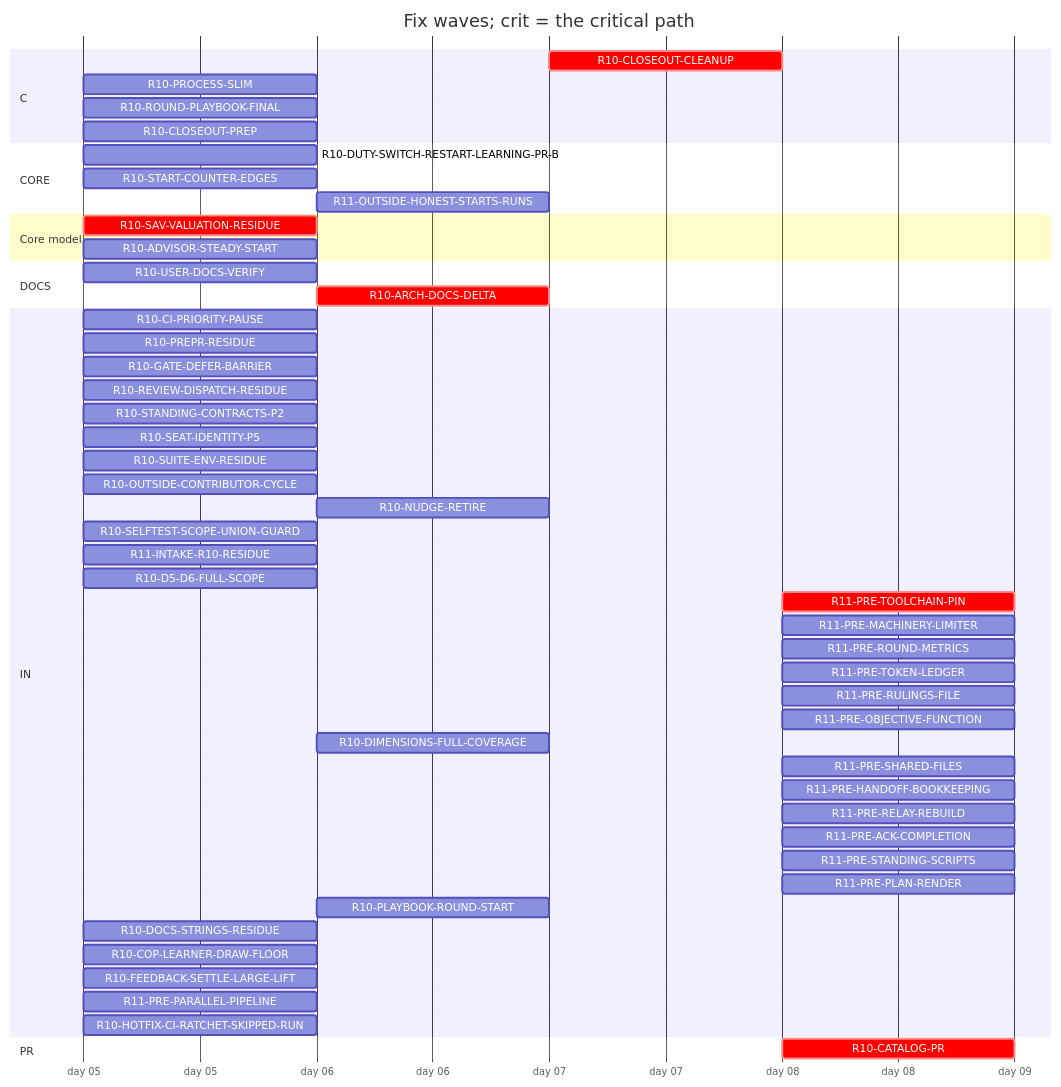
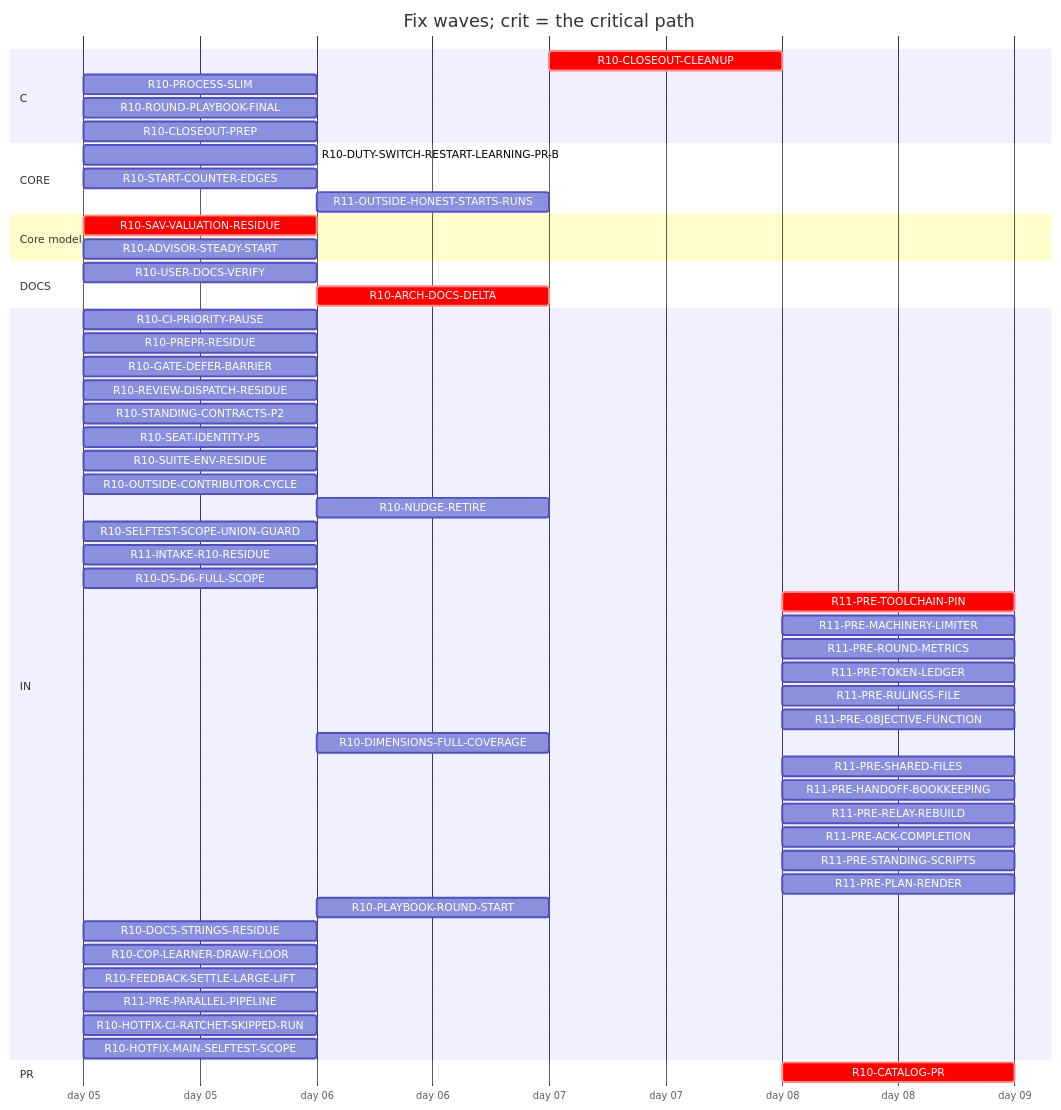
Before and after one commit to tvofi/heatpump_optimizer: the diagram in handoff/round10/state/PLAN-TABLE.md, drawn with Mermaid. The commit also changed other lines of this file and 4 other files, not shown here.

Commit message:
state: FLOW-BOARD.md, NEXT-SESSION-PROMPT.md, PLAN-TABLE.md, PLAN.html, RESUME-CURRENT.md regenerated (state_docs.py)

````diff
--- a/handoff/round10/state/PLAN-TABLE.md
+++ b/handoff/round10/state/PLAN-TABLE.md
@@ -19,55 +19,56 @@
 ```mermaid
 gantt
   title Fix waves; crit = the critical path
   dateFormat YYYY-MM-DD
   axisFormat day %d
   section C
     R10-CLOSEOUT-CLEANUP :crit, r10CLOSEOUTCLEANUP, after r10USERDOCSVERIFY r10CLOSEOUTPREP r10ARCHDOCSDELTA, 1d
     R10-PROCESS-SLIM :r10PROCESSSLIM, 2026-01-05, 1d
     R10-ROUND-PLAYBOOK-FINAL :r10ROUNDPLAYBOOKFINAL, 2026-01-05, 1d
     R10-CLOSEOUT-PREP :r10CLOSEOUTPREP, 2026-01-05, 1d
   section CORE
     R10-DUTY-SWITCH-RESTART-LEARNING-PR-B :r10DUTYSWITCHRESTARTLEARNINGPRB, 2026-01-05, 1d
     R10-START-COUNTER-EDGES :r10STARTCOUNTEREDGES, 2026-01-05, 1d
     R11-OUTSIDE-HONEST-STARTS-RUNS :r11OUTSIDEHONESTSTARTSRUNS, after r10ADVISORSTEADYSTART, 1d
   section Core model
     R10-SAV-VALUATION-RESIDUE :crit, r10SAVVALUATIONRESIDUE, 2026-01-05, 1d
     R10-ADVISOR-STEADY-START :r10ADVISORSTEADYSTART, 2026-01-05, 1d
   section DOCS
     R10-USER-DOCS-VERIFY :r10USERDOCSVERIFY, 2026-01-05, 1d
     R10-ARCH-DOCS-DELTA :crit, r10ARCHDOCSDELTA, after r10SAVVALUATIONRESIDUE r10ADVISORSTEADYSTART, 1d
   section IN
     R10-CI-PRIORITY-PAUSE :r10CIPRIORITYPAUSE, 2026-01-05, 1d
     R10-PREPR-RESIDUE :r10PREPRRESIDUE, 2026-01-05, 1d
     R10-GATE-DEFER-BARRIER :r10GATEDEFERBARRIER, 2026-01-05, 1d
     R10-REVIEW-DISPATCH-RESIDUE :r10REVIEWDISPATCHRESIDUE, 2026-01-05, 1d
     R10-STANDING-CONTRACTS-P2 :r10STANDINGCONTRACTSP2, 2026-01-05, 1d
     R10-SEAT-IDENTITY-P5 :r10SEATIDENTITYP5, 2026-01-05, 1d
     R10-SUITE-ENV-RESIDUE :r10SUITEENVRESIDUE, 2026-01-05, 1d
     R10-OUTSIDE-CONTRIBUTOR-CYCLE :r10OUTSIDECONTRIBUTORCYCLE, 2026-01-05, 1d
     R10-NUDGE-RETIRE :r10NUDGERETIRE, after r10ROUNDPLAYBOOKFINAL, 1d
     R10-SELFTEST-SCOPE-UNION-GUARD :r10SELFTESTSCOPEUNIONGUARD, 2026-01-05, 1d
     R11-INTAKE-R10-RESIDUE :r11INTAKER10RESIDUE, 2026-01-05, 1d
     R10-D5-D6-FULL-SCOPE :r10D5D6FULLSCOPE, 2026-01-05, 1d
     R11-PRE-TOOLCHAIN-PIN :crit, r11PRETOOLCHAINPIN, after r10CATALOGPR, 1d
     R11-PRE-MACHINERY-LIMITER :r11PREMACHINERYLIMITER, after r10CATALOGPR, 1d
     R11-PRE-ROUND-METRICS :r11PREROUNDMETRICS, after r10CATALOGPR, 1d
     R11-PRE-TOKEN-LEDGER :r11PRETOKENLEDGER, after r10CATALOGPR, 1d
     R11-PRE-RULINGS-FILE :r11PRERULINGSFILE, after r10CATALOGPR, 1d
     R11-PRE-OBJECTIVE-FUNCTION :r11PREOBJECTIVEFUNCTION, after r10CATALOGPR, 1d
     R10-DIMENSIONS-FULL-COVERAGE :r10DIMENSIONSFULLCOVERAGE, after r10D5D6FULLSCOPE, 1d
     R11-PRE-SHARED-FILES :r11PRESHAREDFILES, after r10CATALOGPR, 1d
     R11-PRE-HANDOFF-BOOKKEEPING :r11PREHANDOFFBOOKKEEPING, after r10CATALOGPR, 1d
     R11-PRE-RELAY-REBUILD :r11PRERELAYREBUILD, after r10CATALOGPR, 1d
     R11-PRE-ACK-COMPLETION :r11PREACKCOMPLETION, after r10CATALOGPR, 1d
     R11-PRE-STANDING-SCRIPTS :r11PRESTANDINGSCRIPTS, after r10CATALOGPR, 1d
     R11-PRE-PLAN-RENDER :r11PREPLANRENDER, after r10CATALOGPR, 1d
     R10-PLAYBOOK-ROUND-START :r10PLAYBOOKROUNDSTART, after r10ROUNDPLAYBOOKFINAL, 1d
     R10-DOCS-STRINGS-RESIDUE :r10DOCSSTRINGSRESIDUE, 2026-01-05, 1d
     R10-COP-LEARNER-DRAW-FLOOR :r10COPLEARNERDRAWFLOOR, 2026-01-05, 1d
     R10-FEEDBACK-SETTLE-LARGE-LIFT :r10FEEDBACKSETTLELARGELIFT, 2026-01-05, 1d
     R11-PRE-PARALLEL-PIPELINE :r11PREPARALLELPIPELINE, 2026-01-05, 1d
     R10-HOTFIX-CI-RATCHET-SKIPPED-RUN :r10HOTFIXCIRATCHETSKIPPEDRUN, 2026-01-05, 1d
+    R10-HOTFIX-MAIN-SELFTEST-SCOPE :r10HOTFIXMAINSELFTESTSCOPE, 2026-01-05, 1d
   section PR
     R10-CATALOG-PR :crit, r10CATALOGPR, after r10USERDOCSVERIFY r10CLOSEOUTCLEANUP r10CLOSEOUTPREP r10ARCHDOCSDELTA, 1d
 ```
````
